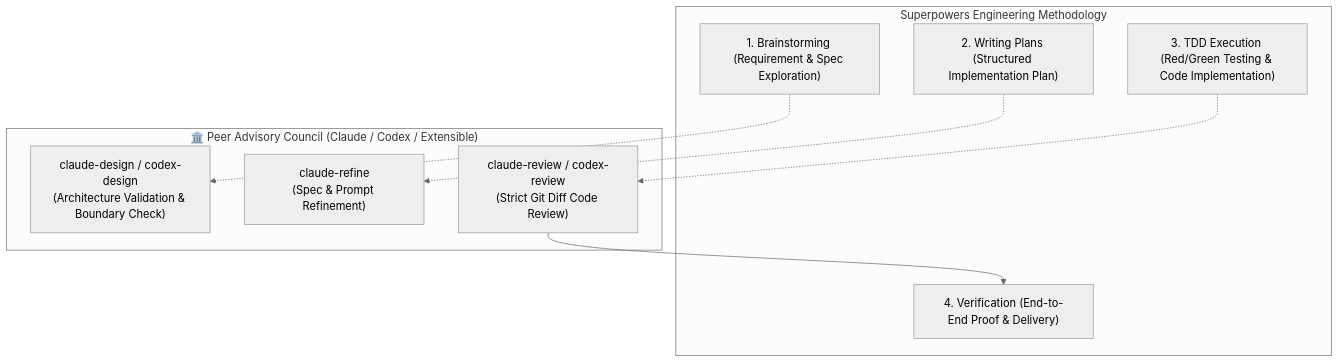
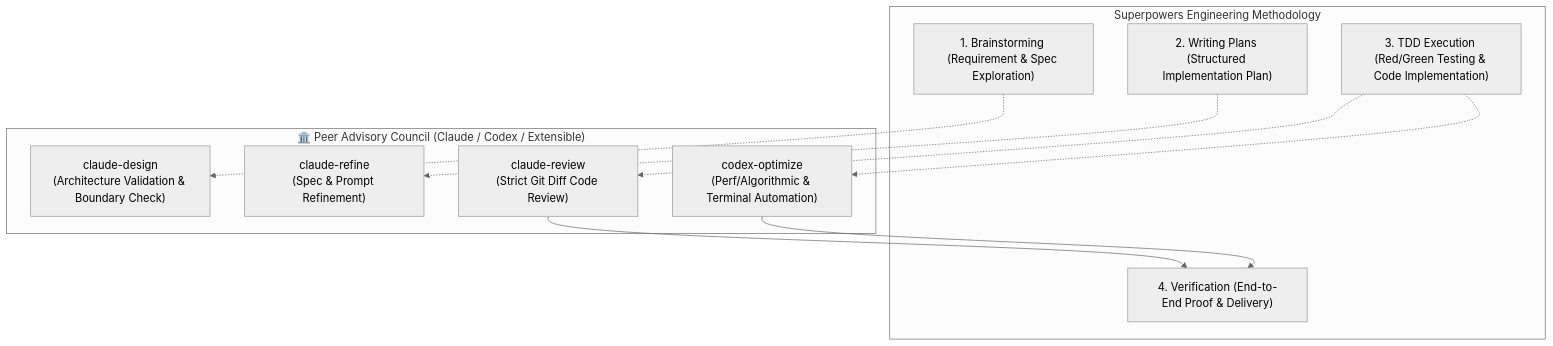
Before and after one commit to gogog22510/agent-collaborator: the diagram in templates/antigravity_superpowers.md, drawn with Mermaid (neutral theme). The commit also changed other lines of this file and 8 other files, not shown here.

````diff
--- a/templates/antigravity_superpowers.md
+++ b/templates/antigravity_superpowers.md
@@ -78,20 +79,23 @@
 ```mermaid
 flowchart TD
     subgraph SuperpowersFlow["Superpowers Engineering Methodology"]
         B["1. Brainstorming (Requirement & Spec Exploration)"]
         P["2. Writing Plans (Structured Implementation Plan)"]
         T["3. TDD Execution (Red/Green Testing & Code Implementation)"]
         V["4. Verification (End-to-End Proof & Delivery)"]
     end
 
     subgraph PeerAdvisors["🏛️ Peer Advisory Council (Claude / Codex / Extensible)"]
-        CD["claude-design / codex-design<br/>(Architecture Validation & Boundary Check)"]
+        CD["claude-design<br/>(Architecture Validation & Boundary Check)"]
         CR["claude-refine<br/>(Spec & Prompt Refinement)"]
-        CW["claude-review / codex-review<br/>(Strict Git Diff Code Review)"]
+        CW["claude-review<br/>(Strict Git Diff Code Review)"]
+        CO["codex-optimize<br/>(Perf/Algorithmic & Terminal Automation)"]
     end
 
     B -.-> CD
     P -.-> CR
     T -.-> CW
+    T -.-> CO
     CW --> V
+    CO --> V
 ```
````
